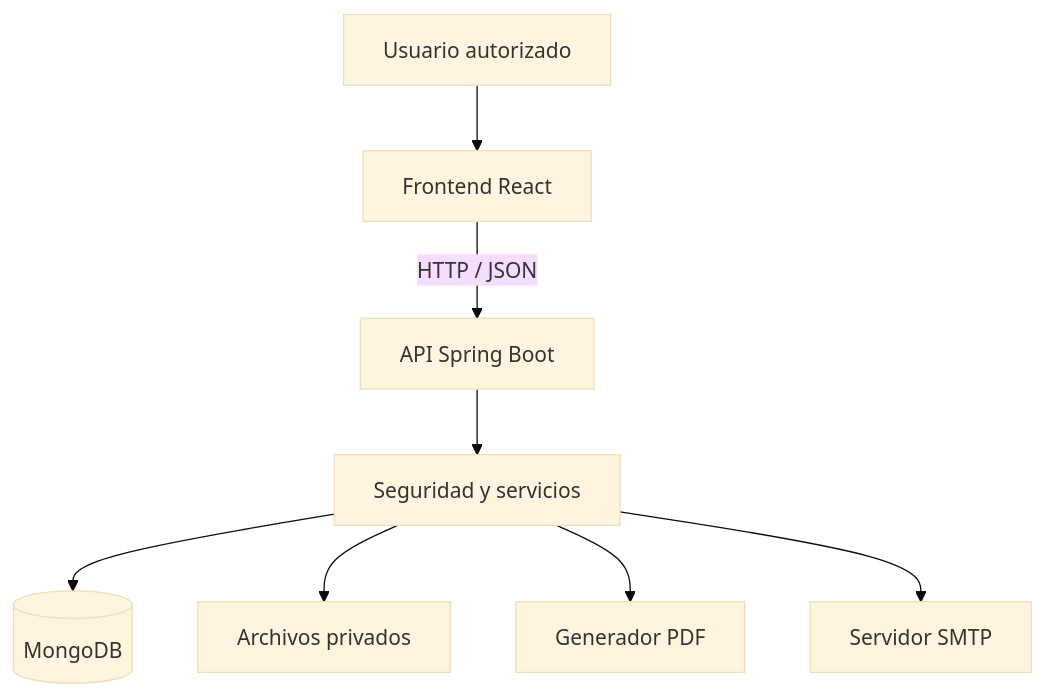
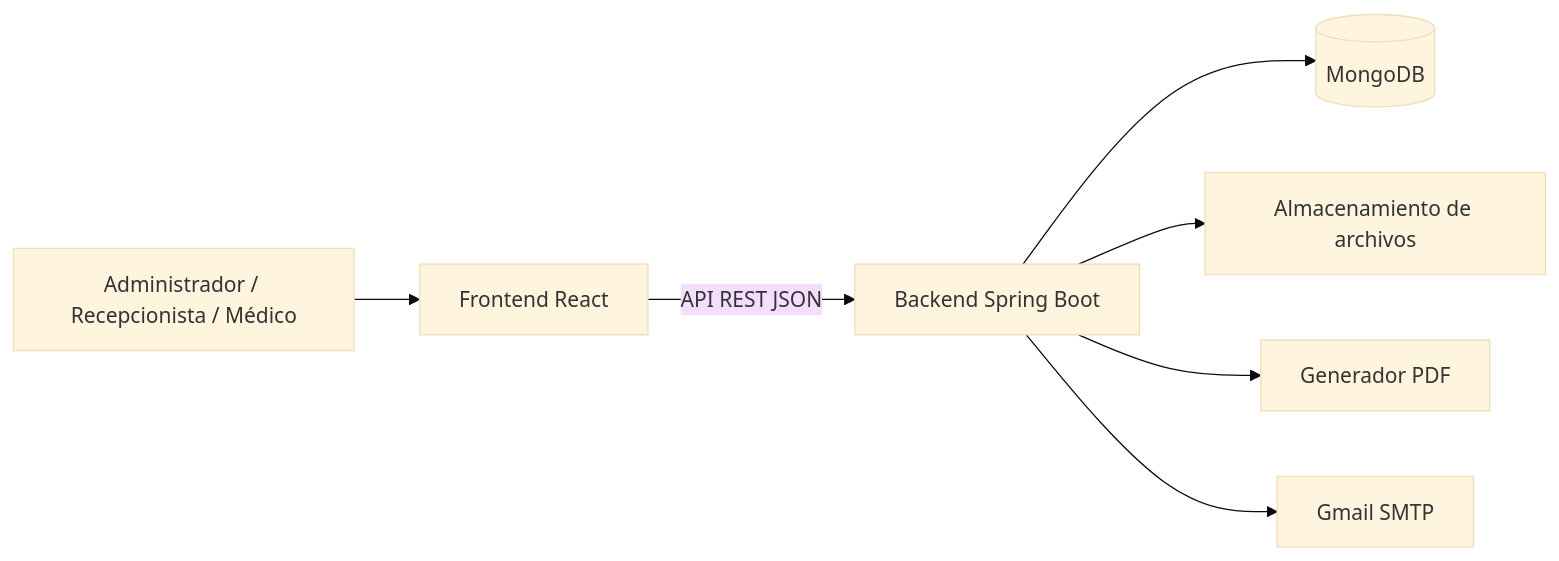
One commit to Lowz13/Expedientes-Medicos-TEP changed the first of 3 diagrams in README.md. Above: the diagram before and after it, drawn with Mermaid (base theme). The commit also changed other lines of this file and 2 other files, not shown here.

````diff
--- a/README.md
+++ b/README.md
@@ -71,10 +69,9 @@
 ```mermaid
-flowchart TD
-    A[Usuario autorizado] --> B[Frontend React]
-    B -->|HTTP / JSON| C[API Spring Boot]
-    C --> D[Seguridad y servicios]
-    D --> E[(MongoDB)]
-    D --> F[Archivos privados]
-    D --> G[Generador PDF]
-    D --> H[Servidor SMTP]
+flowchart LR
+    U[Administrador / Recepcionista / Médico] --> F[Frontend React]
+    F -->|API REST JSON| B[Backend Spring Boot]
+    B --> M[(MongoDB)]
+    B --> A[Almacenamiento de archivos]
+    B --> P[Generador PDF]
+    B --> S[Gmail SMTP]
 ```
````
